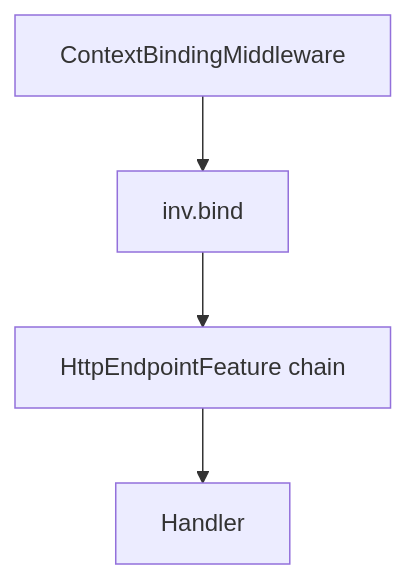
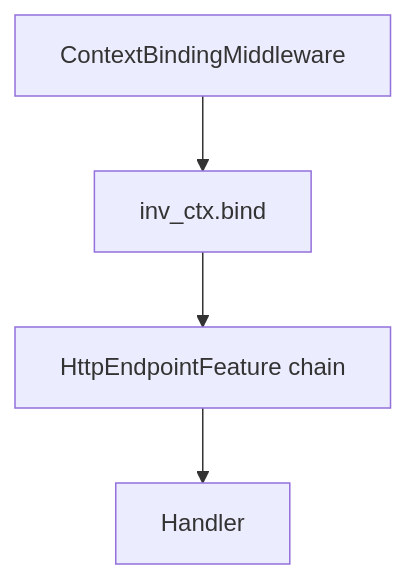
The diagram in pages/docs/recipes/authn-authz-tenancy-fastapi.md (morzecrew/forze), drawn with Mermaid before and after one commit. The commit also changed other lines of this file and 86 other files, not shown here.

````diff
--- a/pages/docs/recipes/authn-authz-tenancy-fastapi.md
+++ b/pages/docs/recipes/authn-authz-tenancy-fastapi.md
@@ -10,7 +10,7 @@
 ```mermaid
 flowchart TB
   MW[ContextBindingMiddleware]
-  MW --> bind[inv.bind]
+  MW --> bind[inv_ctx.bind]
   bind --> feats[HttpEndpointFeature chain]
   feats --> uc[Handler]
 ```
````
